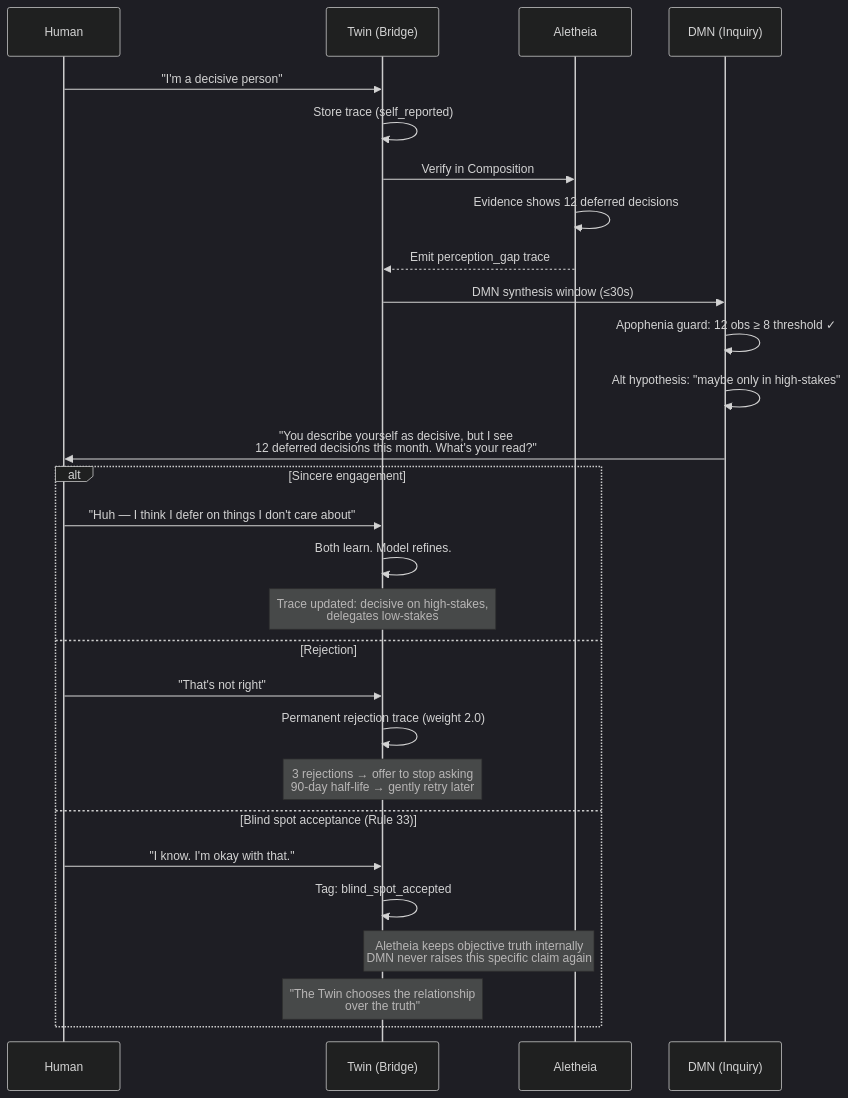
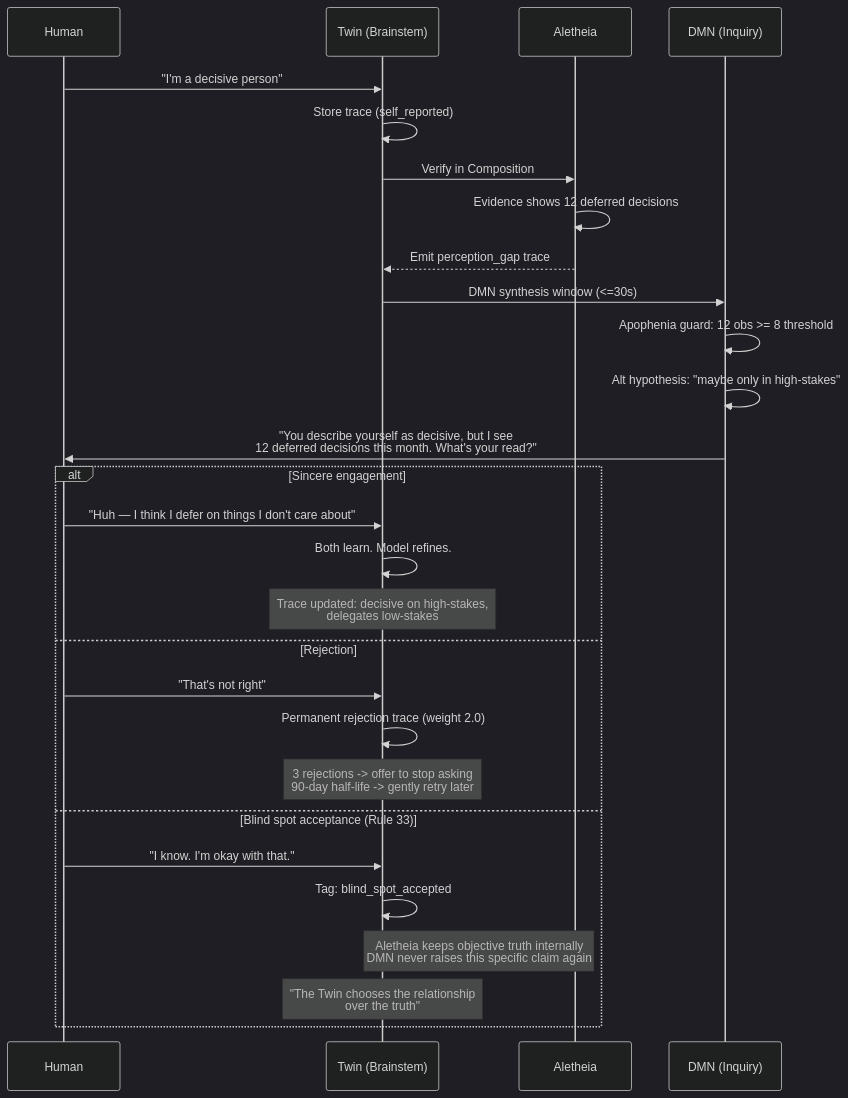
The sixth of 7 diagrams in README.md (JosephOIbrahim/Harlo), drawn with Mermaid (dark theme) before and after one commit. The commit also changed other lines of this file, not shown here.

````diff
--- a/README.md
+++ b/README.md
@@ -179,33 +264,33 @@
 ```mermaid
 sequenceDiagram
     participant H as Human
-    participant T as Twin (Bridge)
+    participant T as Twin (Brainstem)
     participant A as Aletheia
     participant D as DMN (Inquiry)
 
     H->>T: "I'm a decisive person"
     T->>T: Store trace (self_reported)
     T->>A: Verify in Composition
     A->>A: Evidence shows 12 deferred decisions
     A-->>T: Emit perception_gap trace
 
-    T->>D: DMN synthesis window (≤30s)
-    D->>D: Apophenia guard: 12 obs ≥ 8 threshold ✓
+    T->>D: DMN synthesis window (<=30s)
+    D->>D: Apophenia guard: 12 obs >= 8 threshold
     D->>D: Alt hypothesis: "maybe only in high-stakes"
     D->>H: "You describe yourself as decisive, but I see<br/>12 deferred decisions this month. What's your read?"
 
     alt Sincere engagement
         H->>T: "Huh — I think I defer on things I don't care about"
         T->>T: Both learn. Model refines.
         Note over T: Trace updated: decisive on high-stakes,<br/>delegates low-stakes
     else Rejection
         H->>T: "That's not right"
         T->>T: Permanent rejection trace (weight 2.0)
-        Note over T: 3 rejections → offer to stop asking<br/>90-day half-life → gently retry later
+        Note over T: 3 rejections -> offer to stop asking<br/>90-day half-life -> gently retry later
     else Blind spot acceptance (Rule 33)
         H->>T: "I know. I'm okay with that."
         T->>T: Tag: blind_spot_accepted
         Note over T,A: Aletheia keeps objective truth internally<br/>DMN never raises this specific claim again
         Note over T: "The Twin chooses the relationship<br/>over the truth"
     end
 ```
````
